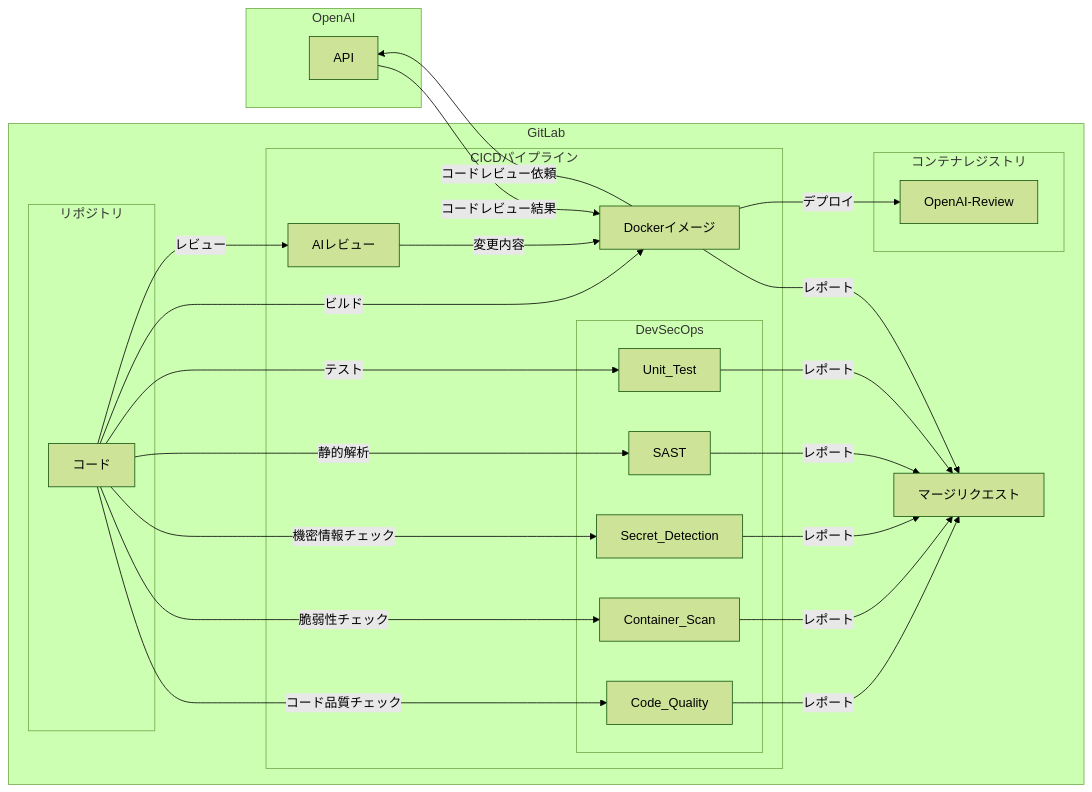
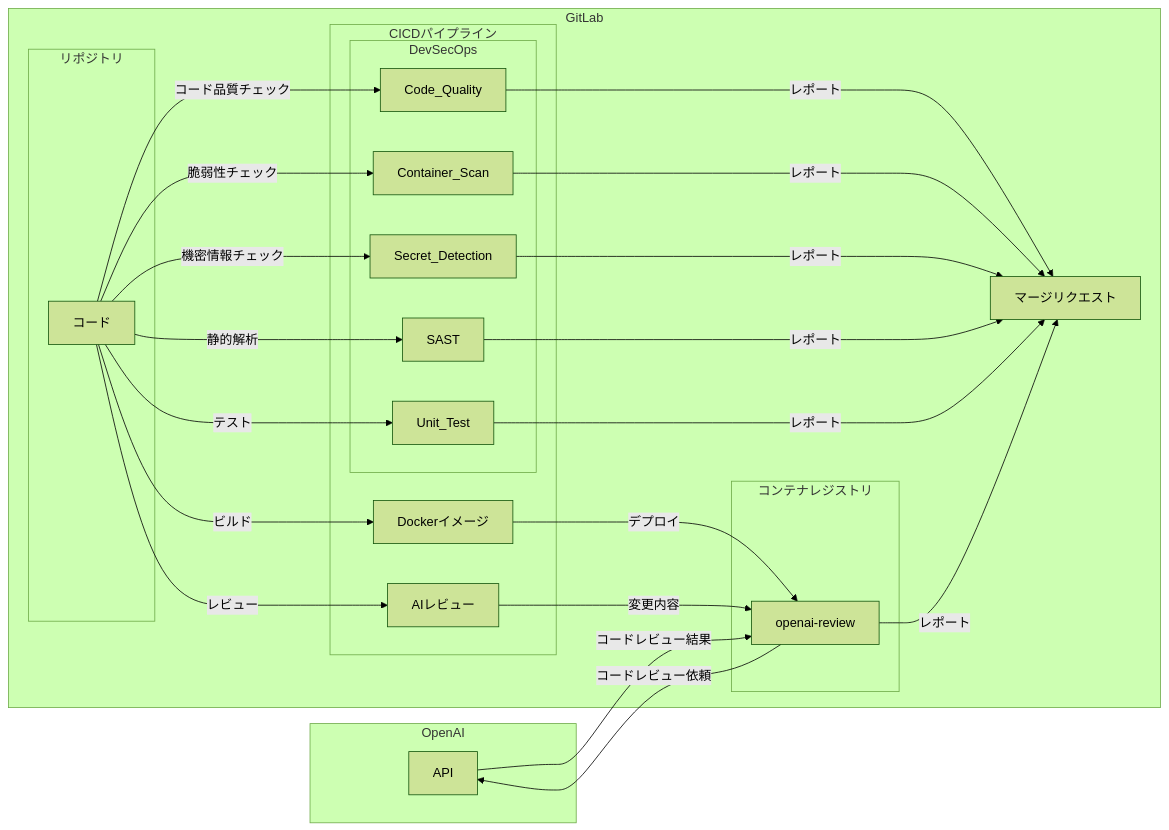
One commit to gongyong/docs changed the second of 2 diagrams in pages/index.mdx. Above: the diagram before and after it, drawn with Mermaid (forest theme). The commit also changed other lines of this file, not shown here.

Commit message:
openai-review

````diff
--- a/pages/index.mdx
+++ b/pages/index.mdx
@@ -77,43 +77,43 @@
 ```mermaid
 graph LR
 subgraph OpenAI
     API
 end
 subgraph GitLab
     subgraph リポジトリ
         コード
     end
     subgraph CICDパイプライン
         Dockerイメージ
         subgraph DevSecOps
             Code_Quality
             Container_Scan
             Secret_Detection
             SAST
             Unit_Test
         end
         AIレビュー
     end
     subgraph コンテナレジストリ
-        OpenAI-Review
+        openai-review
     end
     マージリクエスト
     コード--ビルド-->Dockerイメージ
-    Dockerイメージ--デプロイ-->OpenAI-Review
+    Dockerイメージ--デプロイ-->openai-review
     コード--コード品質チェック-->Code_Quality
     コード--脆弱性チェック-->Container_Scan
     コード--機密情報チェック-->Secret_Detection
     コード--静的解析-->SAST
     コード--テスト-->Unit_Test
     Code_Quality--レポート-->マージリクエスト
     Container_Scan--レポート-->マージリクエスト
     Secret_Detection--レポート-->マージリクエスト
     SAST--レポート-->マージリクエスト
     Unit_Test--レポート-->マージリクエスト
     コード--レビュー-->AIレビュー
-    AIレビュー--変更内容-->Dockerイメージ
-    Dockerイメージ-- コードレビュー依頼-->API
-    API--コードレビュー結果-->Dockerイメージ
-    Dockerイメージ--レポート-->マージリクエスト
+    AIレビュー--変更内容-->openai-review
+    openai-review-- コードレビュー依頼-->API
+    API--コードレビュー結果-->openai-review
+    openai-review--レポート-->マージリクエスト
 end
 ```
````
